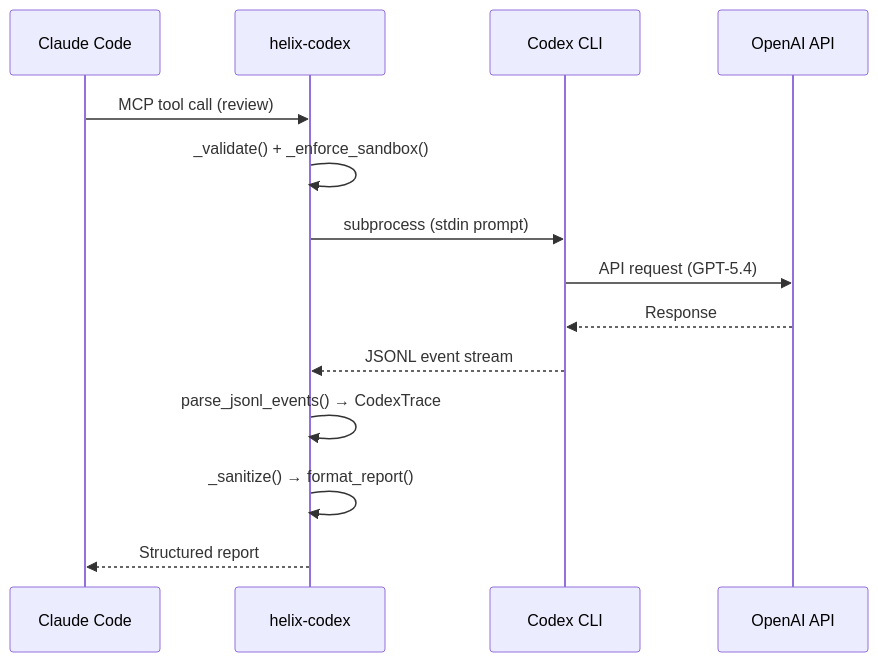
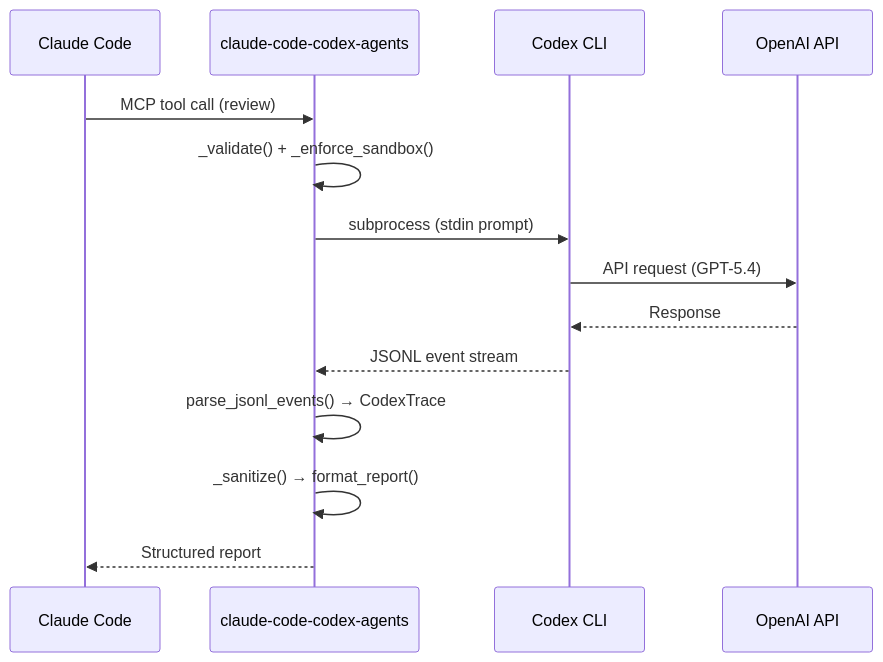
One commit to tsunamayo7/claude-code-codex-agents changed the second of 2 diagrams in docs/devto_article.md. Above: the diagram before and after it, drawn with Mermaid. The commit also changed other lines of this file and 13 other files, not shown here.

First line of the commit message:
rename: helix-codex → claude-code-codex-agents

````diff
--- a/docs/devto_article.md
+++ b/docs/devto_article.md
@@ -139,17 +139,17 @@
 ```mermaid
 sequenceDiagram
     participant C as Claude Code
-    participant H as helix-codex
+    participant H as claude-code-codex-agents
     participant X as Codex CLI
     participant O as OpenAI API
 
     C->>H: MCP tool call (review)
     H->>H: _validate() + _enforce_sandbox()
     H->>X: subprocess (stdin prompt)
     X->>O: API request (GPT-5.4)
     O-->>X: Response
     X-->>H: JSONL event stream
     H->>H: parse_jsonl_events() → CodexTrace
     H->>H: _sanitize() → format_report()
     H-->>C: Structured report
 ```
````
